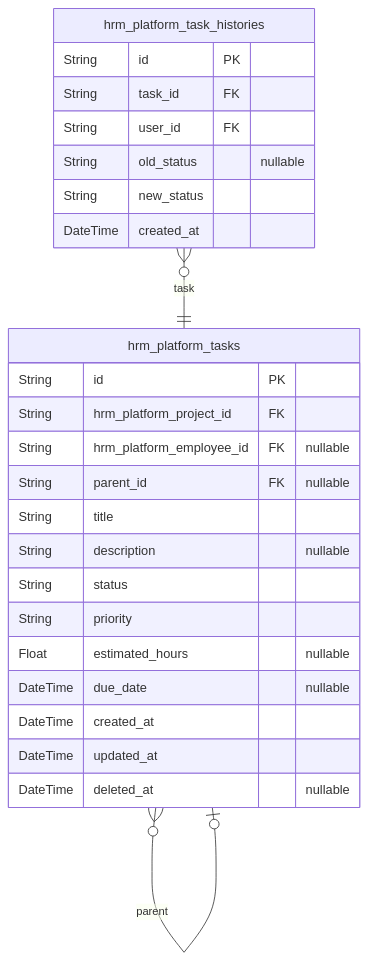
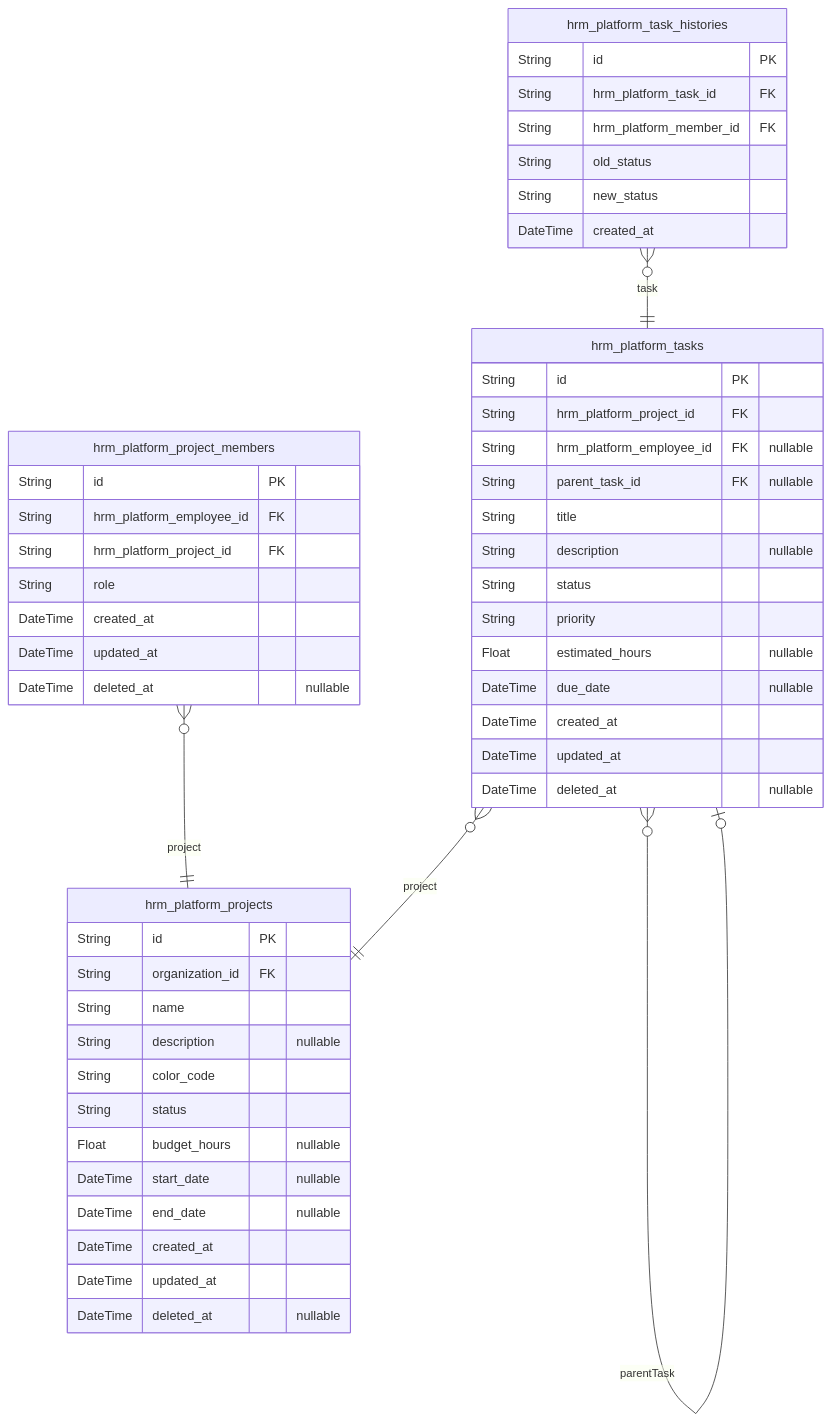
The fourth of 6 diagrams in qwen/qwen3.5-397b-a17b/erp/docs/ERD.md (wrtnlabs/autobe-examples), drawn with Mermaid before and after one commit. The commit also changed other lines of this file and 9017 other files, not shown here.

````diff
--- a/qwen/qwen3.5-397b-a17b/erp/docs/ERD.md
+++ b/qwen/qwen3.5-397b-a17b/erp/docs/ERD.md
@@ -664,28 +465,53 @@
 ```mermaid
 erDiagram
+"hrm_platform_projects" {
+  String id PK
+  String organization_id FK
+  String name
+  String description "nullable"
+  String color_code
+  String status
+  Float budget_hours "nullable"
+  DateTime start_date "nullable"
+  DateTime end_date "nullable"
+  DateTime created_at
+  DateTime updated_at
+  DateTime deleted_at "nullable"
+}
+"hrm_platform_project_members" {
+  String id PK
+  String hrm_platform_employee_id FK
+  String hrm_platform_project_id FK
+  String role
+  DateTime created_at
+  DateTime updated_at
+  DateTime deleted_at "nullable"
+}
 "hrm_platform_tasks" {
   String id PK
   String hrm_platform_project_id FK
   String hrm_platform_employee_id FK "nullable"
-  String parent_id FK "nullable"
+  String parent_task_id FK "nullable"
   String title
   String description "nullable"
   String status
   String priority
   Float estimated_hours "nullable"
   DateTime due_date "nullable"
   DateTime created_at
   DateTime updated_at
   DateTime deleted_at "nullable"
 }
 "hrm_platform_task_histories" {
   String id PK
-  String task_id FK
-  String user_id FK
-  String old_status "nullable"
+  String hrm_platform_task_id FK
+  String hrm_platform_member_id FK
+  String old_status
   String new_status
   DateTime created_at
 }
-"hrm_platform_tasks" }o--o| "hrm_platform_tasks" : parent
+"hrm_platform_project_members" }o--|| "hrm_platform_projects" : project
+"hrm_platform_tasks" }o--|| "hrm_platform_projects" : project
+"hrm_platform_tasks" }o--o| "hrm_platform_tasks" : parentTask
 "hrm_platform_task_histories" }o--|| "hrm_platform_tasks" : task
 ```
````
